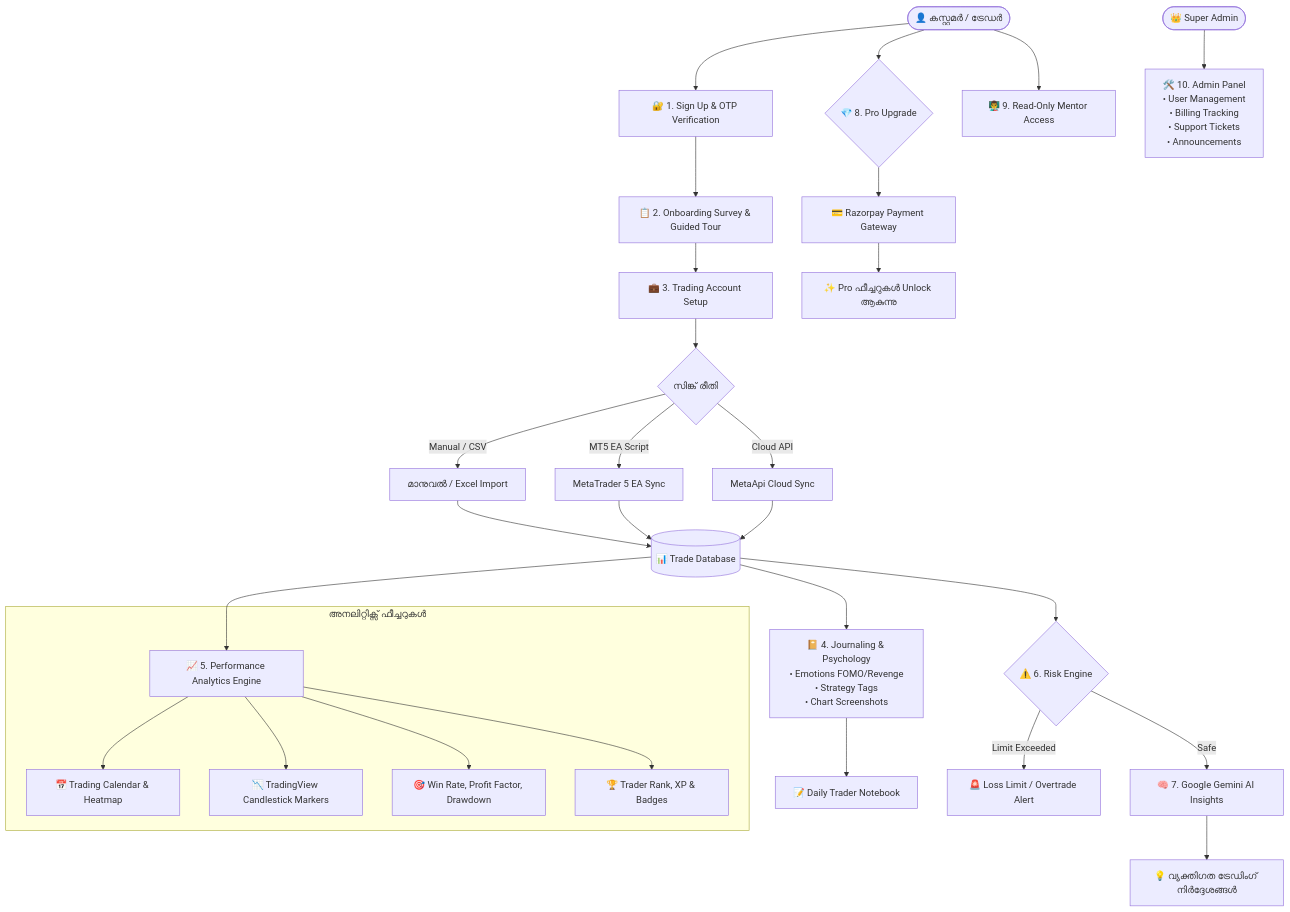
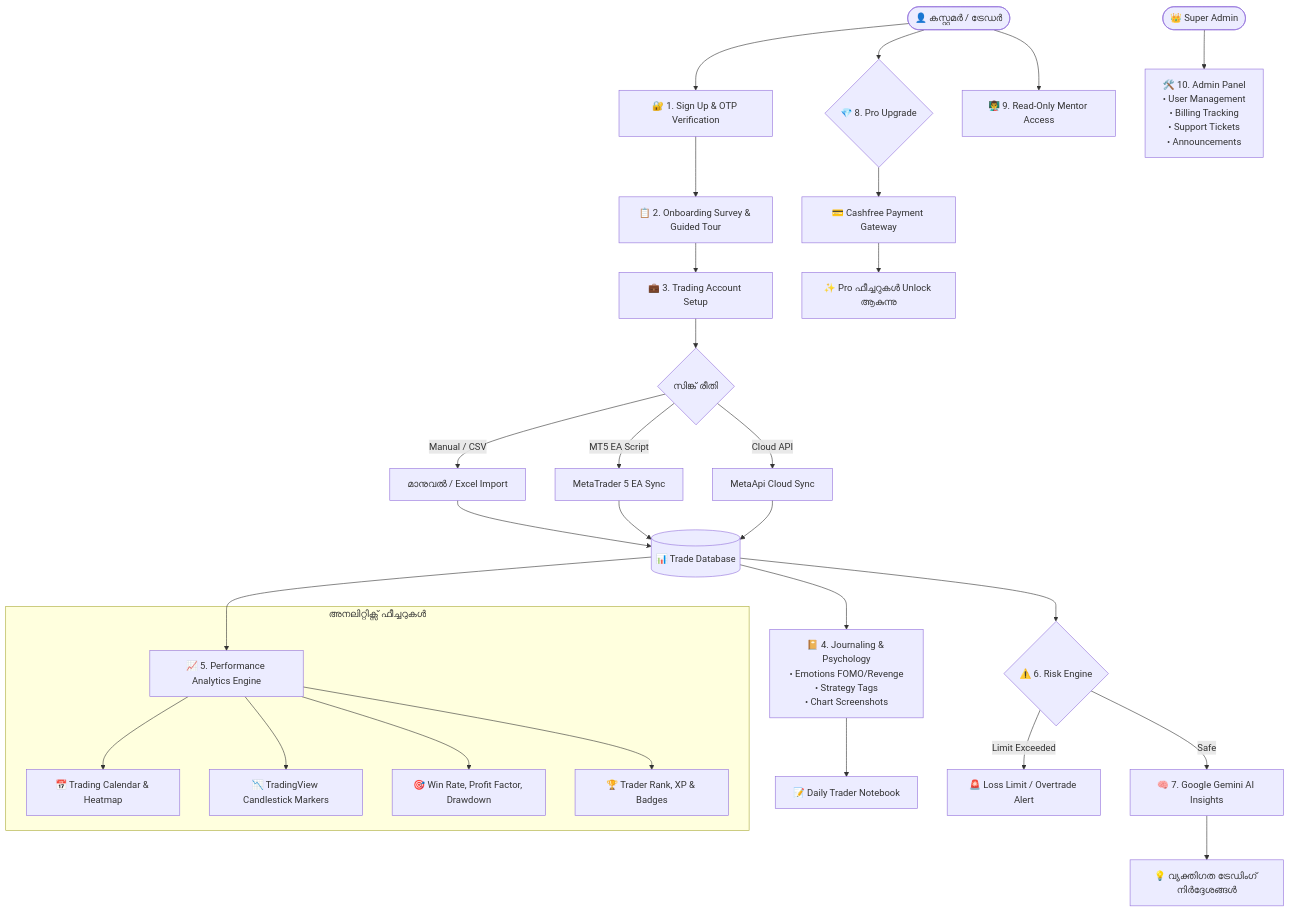
The first of 8 diagrams in AxyFx_JournalPro_Complete_Workflow_Guide.md (an0n7os/Fx-journal-pro), drawn with Mermaid before and after one commit. The commit also changed other lines of this file and 17 other files, not shown here.

First line of the commit message:
feat(billing): move Pro checkout from Razorpay to Cashfree

````diff
--- a/AxyFx_JournalPro_Complete_Workflow_Guide.md
+++ b/AxyFx_JournalPro_Complete_Workflow_Guide.md
@@ -9,46 +9,46 @@
 ```mermaid
 flowchart TB
     %% Users & Entry
     User([👤 കസ്റ്റമർ / ട്രേഡർ]) --> Auth[🔐 1. Sign Up & OTP Verification]
     Auth --> Onboarding[📋 2. Onboarding Survey & Guided Tour]
     
     %% Account Connection
     Onboarding --> Accounts[💼 3. Trading Account Setup]
     Accounts --> SyncChoice{സിങ്ക് രീതി}
     SyncChoice -->|Manual / CSV| ManualLog[മാനുവൽ / Excel Import]
     SyncChoice -->|MT5 EA Script| EASync[MetaTrader 5 EA Sync]
     SyncChoice -->|Cloud API| MetaApiSync[MetaApi Cloud Sync]
     
     %% Core Engine
     ManualLog --> TradeDB[(📊 Trade Database)]
     EASync --> TradeDB
     MetaApiSync --> TradeDB
     
     %% Features & Journaling
     TradeDB --> Journal[📔 4. Journaling & Psychology<br/>• Emotions FOMO/Revenge<br/>• Strategy Tags<br/>• Chart Screenshots]
     Journal --> Notebook[📝 Daily Trader Notebook]
     
     %% Analytics & Visuals
     TradeDB --> Analytics[📈 5. Performance Analytics Engine]
     subgraph AnalyticsEngine [അനലിറ്റിക്സ് ഫീച്ചറുകൾ]
         Analytics --> CalHeatmap[📅 Trading Calendar & Heatmap]
         Analytics --> LiveCharts[📉 TradingView Candlestick Markers]
         Analytics --> MetricKPI[🎯 Win Rate, Profit Factor, Drawdown]
         Analytics --> XPLevels[🏆 Trader Rank, XP & Badges]
     end
     
     %% Risk & AI Guardrails
     TradeDB --> RiskEngine{⚠️ 6. Risk Engine}
     RiskEngine -->|Limit Exceeded| RiskAlert[🚨 Loss Limit / Overtrade Alert]
     RiskEngine -->|Safe| AISystem[🧠 7. Google Gemini AI Insights]
     AISystem --> AIAdvice[💡 വ്യക്തിഗത ട്രേഡിംഗ് നിർദ്ദേശങ്ങൾ]
     
     %% Pro Upgrade & Payments
     User --> ProTrigger{💎 8. Pro Upgrade}
-    ProTrigger --> Razorpay[💳 Razorpay Payment Gateway]
-    Razorpay --> ProAccess[✨ Pro ഫീച്ചറുകൾ Unlock ആകുന്നു]
+    ProTrigger --> Cashfree[💳 Cashfree Payment Gateway]
+    Cashfree --> ProAccess[✨ Pro ഫീച്ചറുകൾ Unlock ആകുന്നു]
     
     %% Mentorship & Admin
     User --> Mentor[👨‍🏫 9. Read-Only Mentor Access]
     SuperAdmin([👑 Super Admin]) --> AdminPanel[🛠️ 10. Admin Panel<br/>• User Management<br/>• Billing Tracking<br/>• Support Tickets<br/>• Announcements]
 ```
````
